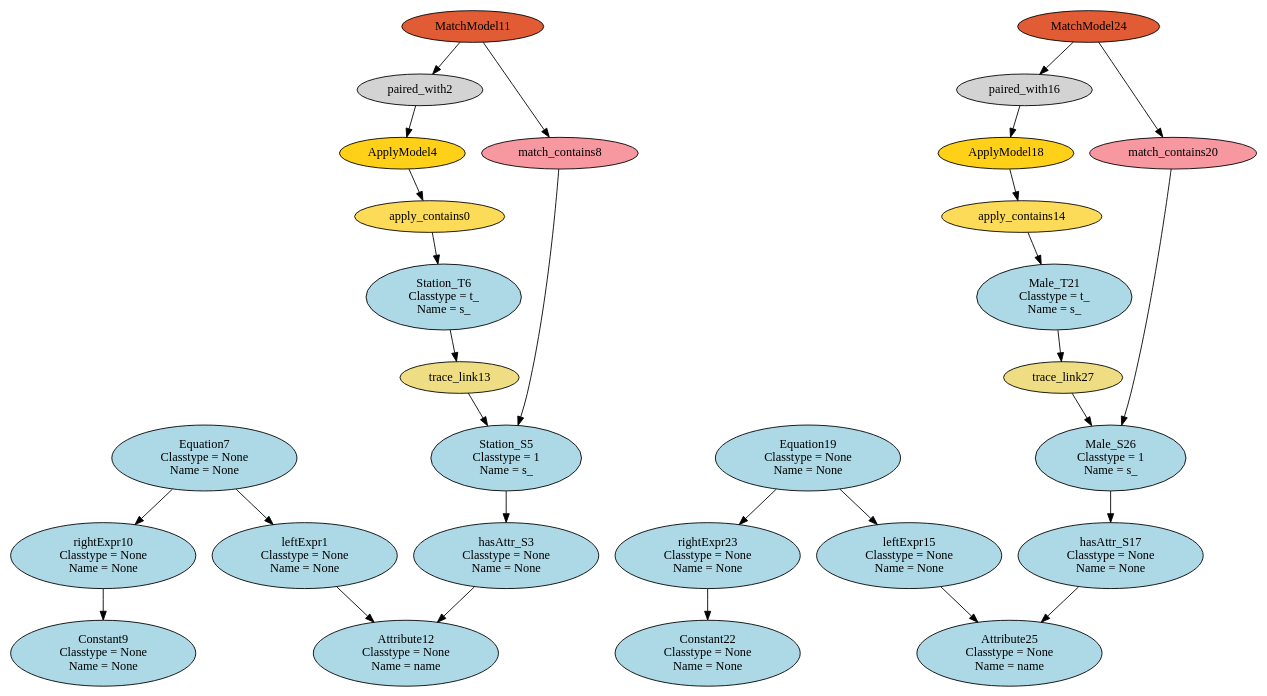
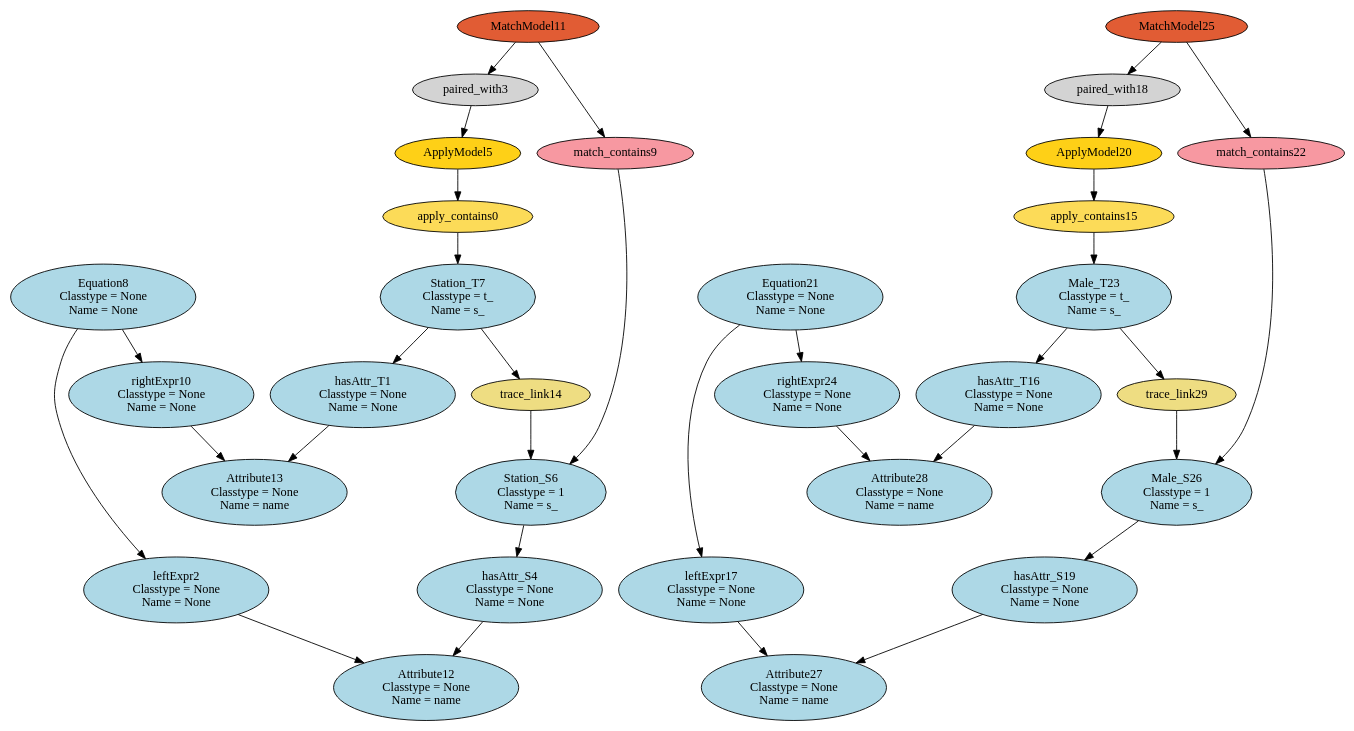
One commit to levilucio/SyVOLT changed the diagram in dot/HEmptyPathCondition_HS2S_HM2M.dot. Above: the diagram before and after it, drawn with Graphviz. The commit also changed 20 other files, not shown here.

```diff
--- a/dot/HEmptyPathCondition_HS2S_HM2M.dot
+++ b/dot/HEmptyPathCondition_HS2S_HM2M.dot
@@ -1,58 +1,64 @@
 digraph HEmptyPathCondition_HS2S_HM2M {
 apply_contains0 [style=filled, fillcolor="#FCDB58"];
-"leftExpr1\n Classtype = None\n Name = None" [style=filled, fillcolor=lightblue];
-paired_with2 [style=filled, fillcolor=lightgray];
-"hasAttr_S3\n Classtype = None\n Name = None" [style=filled, fillcolor=lightblue];
-ApplyModel4 [style=filled, fillcolor="#FED017"];
-"Station_S5\n Classtype = 1\n Name = s_" [style=filled, fillcolor=lightblue];
-"Station_T6\n Classtype = t_\n Name = s_" [style=filled, fillcolor=lightblue];
-"Equation7\n Classtype = None\n Name = None" [style=filled, fillcolor=lightblue];
-match_contains8 [style=filled, fillcolor="#F798A1"];
-"Constant9\n Classtype = None\n Name = None" [style=filled, fillcolor=lightblue];
+"hasAttr_T1\n Classtype = None\n Name = None" [style=filled, fillcolor=lightblue];
+"leftExpr2\n Classtype = None\n Name = None" [style=filled, fillcolor=lightblue];
+paired_with3 [style=filled, fillcolor=lightgray];
+"hasAttr_S4\n Classtype = None\n Name = None" [style=filled, fillcolor=lightblue];
+ApplyModel5 [style=filled, fillcolor="#FED017"];
+"Station_S6\n Classtype = 1\n Name = s_" [style=filled, fillcolor=lightblue];
+"Station_T7\n Classtype = t_\n Name = s_" [style=filled, fillcolor=lightblue];
+"Equation8\n Classtype = None\n Name = None" [style=filled, fillcolor=lightblue];
+match_contains9 [style=filled, fillcolor="#F798A1"];
 "rightExpr10\n Classtype = None\n Name = None" [style=filled, fillcolor=lightblue];
 MatchModel11 [style=filled, fillcolor="#E15C34"];
 "Attribute12\n Classtype = None\n Name = name" [style=filled, fillcolor=lightblue];
-trace_link13 [style=filled, fillcolor=lightgoldenrod];
-apply_contains14 [style=filled, fillcolor="#FCDB58"];
-"leftExpr15\n Classtype = None\n Name = None" [style=filled, fillcolor=lightblue];
-paired_with16 [style=filled, fillcolor=lightgray];
-"hasAttr_S17\n Classtype = None\n Name = None" [style=filled, fillcolor=lightblue];
-ApplyModel18 [style=filled, fillcolor="#FED017"];
-"Equation19\n Classtype = None\n Name = None" [style=filled, fillcolor=lightblue];
-match_contains20 [style=filled, fillcolor="#F798A1"];
-"Male_T21\n Classtype = t_\n Name = s_" [style=filled, fillcolor=lightblue];
-"Constant22\n Classtype = None\n Name = None" [style=filled, fillcolor=lightblue];
-"rightExpr23\n Classtype = None\n Name = None" [style=filled, fillcolor=lightblue];
-MatchModel24 [style=filled, fillcolor="#E15C34"];
-"Attribute25\n Classtype = None\n Name = name" [style=filled, fillcolor=lightblue];
+"Attribute13\n Classtype = None\n Name = name" [style=filled, fillcolor=lightblue];
+trace_link14 [style=filled, fillcolor=lightgoldenrod];
+apply_contains15 [style=filled, fillcolor="#FCDB58"];
+"hasAttr_T16\n Classtype = None\n Name = None" [style=filled, fillcolor=lightblue];
+"leftExpr17\n Classtype = None\n Name = None" [style=filled, fillcolor=lightblue];
+paired_with18 [style=filled, fillcolor=lightgray];
+"hasAttr_S19\n Classtype = None\n Name = None" [style=filled, fillcolor=lightblue];
+ApplyModel20 [style=filled, fillcolor="#FED017"];
+"Equation21\n Classtype = None\n Name = None" [style=filled, fillcolor=lightblue];
+match_contains22 [style=filled, fillcolor="#F798A1"];
+"Male_T23\n Classtype = t_\n Name = s_" [style=filled, fillcolor=lightblue];
+"rightExpr24\n Classtype = None\n Name = None" [style=filled, fillcolor=lightblue];
+MatchModel25 [style=filled, fillcolor="#E15C34"];
 "Male_S26\n Classtype = 1\n Name = s_" [style=filled, fillcolor=lightblue];
-trace_link27 [style=filled, fillcolor=lightgoldenrod];
-ApplyModel4 -> apply_contains0;
-apply_contains0 -> "Station_T6\n Classtype = t_\n Name = s_";
-"Equation7\n Classtype = None\n Name = None" -> "leftExpr1\n Classtype = None\n Name = None";
-"leftExpr1\n Classtype = None\n Name = None" -> "Attribute12\n Classtype = None\n Name = name";
-MatchModel11 -> paired_with2;
-paired_with2 -> ApplyModel4;
-"Station_S5\n Classtype = 1\n Name = s_" -> "hasAttr_S3\n Classtype = None\n Name = None";
-"hasAttr_S3\n Classtype = None\n Name = None" -> "Attribute12\n Classtype = None\n Name = name";
-match_contains8 -> "Station_S5\n Classtype = 1\n Name = s_";
-"Equation7\n Classtype = None\n Name = None" -> "rightExpr10\n Classtype = None\n Name = None";
-MatchModel11 -> match_contains8;
-"rightExpr10\n Classtype = None\n Name = None" -> "Constant9\n Classtype = None\n Name = None";
-trace_link13 -> "Station_S5\n Classtype = 1\n Name = s_";
-"Station_T6\n Classtype = t_\n Name = s_" -> trace_link13;
-ApplyModel18 -> apply_contains14;
-apply_contains14 -> "Male_T21\n Classtype = t_\n Name = s_";
-"Equation19\n Classtype = None\n Name = None" -> "leftExpr15\n Classtype = None\n Name = None";
-"leftExpr15\n Classtype = None\n Name = None" -> "Attribute25\n Classtype = None\n Name = name";
-MatchModel24 -> paired_with16;
-paired_with16 -> ApplyModel18;
-"Male_S26\n Classtype = 1\n Name = s_" -> "hasAttr_S17\n Classtype = None\n Name = None";
-"hasAttr_S17\n Classtype = None\n Name = None" -> "Attribute25\n Classtype = None\n Name = name";
-"Equation19\n Classtype = None\n Name = None" -> "rightExpr23\n Classtype = None\n Name = None";
-MatchModel24 -> match_contains20;
-match_contains20 -> "Male_S26\n Classtype = 1\n Name = s_";
-"rightExpr23\n Classtype = None\n Name = None" -> "Constant22\n Classtype = None\n Name = None";
-trace_link27 -> "Male_S26\n Classtype = 1\n Name = s_";
-"Male_T21\n Classtype = t_\n Name = s_" -> trace_link27;
+"Attribute27\n Classtype = None\n Name = name" [style=filled, fillcolor=lightblue];
+"Attribute28\n Classtype = None\n Name = name" [style=filled, fillcolor=lightblue];
+trace_link29 [style=filled, fillcolor=lightgoldenrod];
+ApplyModel5 -> apply_contains0;
+apply_contains0 -> "Station_T7\n Classtype = t_\n Name = s_";
+"Station_T7\n Classtype = t_\n Name = s_" -> "hasAttr_T1\n Classtype = None\n Name = None";
+"hasAttr_T1\n Classtype = None\n Name = None" -> "Attribute13\n Classtype = None\n Name = name";
+"Equation8\n Classtype = None\n Name = None" -> "leftExpr2\n Classtype = None\n Name = None";
+"leftExpr2\n Classtype = None\n Name = None" -> "Attribute12\n Classtype = None\n Name = name";
+MatchModel11 -> paired_with3;
+paired_with3 -> ApplyModel5;
+"Station_S6\n Classtype = 1\n Name = s_" -> "hasAttr_S4\n Classtype = None\n Name = None";
+"hasAttr_S4\n Classtype = None\n Name = None" -> "Attribute12\n Classtype = None\n Name = name";
+match_contains9 -> "Station_S6\n Classtype = 1\n Name = s_";
+"Equation8\n Classtype = None\n Name = None" -> "rightExpr10\n Classtype = None\n Name = None";
+MatchModel11 -> match_contains9;
+"rightExpr10\n Classtype = None\n Name = None" -> "Attribute13\n Classtype = None\n Name = name";
+trace_link14 -> "Station_S6\n Classtype = 1\n Name = s_";
+"Station_T7\n Classtype = t_\n Name = s_" -> trace_link14;
+ApplyModel20 -> apply_contains15;
+apply_contains15 -> "Male_T23\n Classtype = t_\n Name = s_";
+"Male_T23\n Classtype = t_\n Name = s_" -> "hasAttr_T16\n Classtype = None\n Name = None";
+"hasAttr_T16\n Classtype = None\n Name = None" -> "Attribute28\n Classtype = None\n Name = name";
+"Equation21\n Classtype = None\n Name = None" -> "leftExpr17\n Classtype = None\n Name = None";
+"leftExpr17\n Classtype = None\n Name = None" -> "Attribute27\n Classtype = None\n Name = name";
+MatchModel25 -> paired_with18;
+paired_with18 -> ApplyModel20;
+"Male_S26\n Classtype = 1\n Name = s_" -> "hasAttr_S19\n Classtype = None\n Name = None";
+"hasAttr_S19\n Classtype = None\n Name = None" -> "Attribute27\n Classtype = None\n Name = name";
+"Equation21\n Classtype = None\n Name = None" -> "rightExpr24\n Classtype = None\n Name = None";
+MatchModel25 -> match_contains22;
+match_contains22 -> "Male_S26\n Classtype = 1\n Name = s_";
+"rightExpr24\n Classtype = None\n Name = None" -> "Attribute28\n Classtype = None\n Name = name";
+trace_link29 -> "Male_S26\n Classtype = 1\n Name = s_";
+"Male_T23\n Classtype = t_\n Name = s_" -> trace_link29;
 }
```
